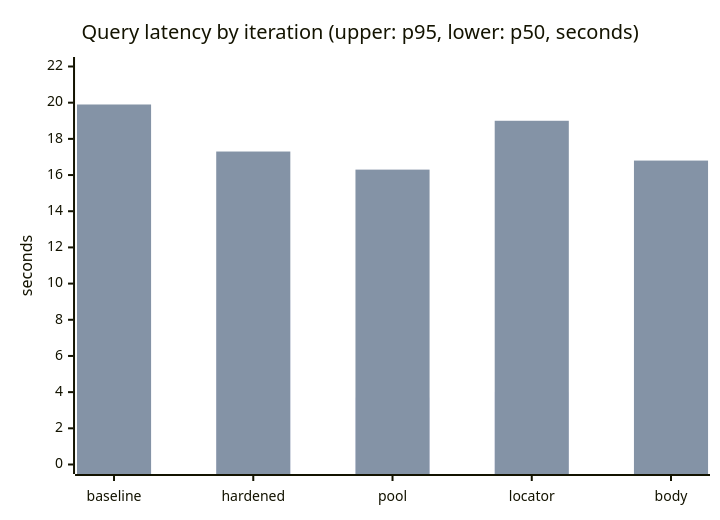
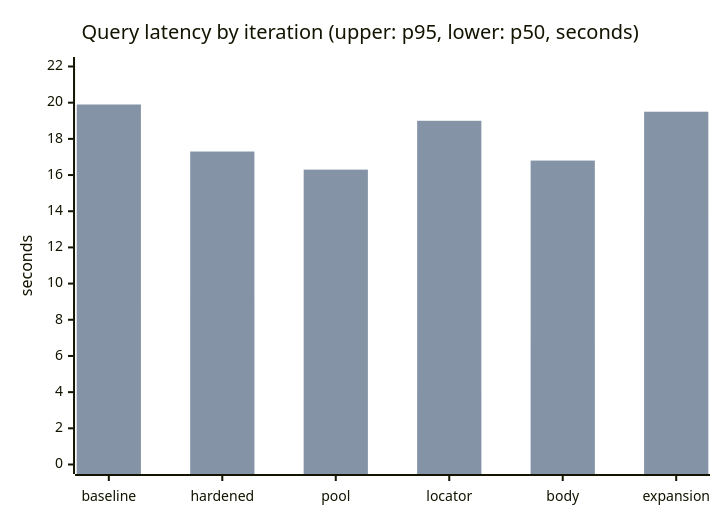
Before and after one commit to nuclearthinking/priorart: the second of 3 diagrams in benchmarks/README.md, drawn with Mermaid. The commit also changed other lines of this file and 9 other files, not shown here.

````diff
--- a/benchmarks/README.md
+++ b/benchmarks/README.md
@@ -41,8 +42,8 @@
 ```mermaid
 xychart-beta
     title "Query latency by iteration (upper: p95, lower: p50, seconds)"
-    x-axis ["baseline", "hardened", "pool", "locator", "body"]
+    x-axis ["baseline", "hardened", "pool", "locator", "body", "expansion"]
     y-axis "seconds" 0 --> 22
-    bar [8.9, 9.1, 3.7, 4.0, 6.7]
-    bar [19.9, 17.3, 16.3, 19.0, 16.8]
+    bar [8.9, 9.1, 3.7, 4.0, 6.7, 13.5]
+    bar [19.9, 17.3, 16.3, 19.0, 16.8, 19.5]
 ```
````
